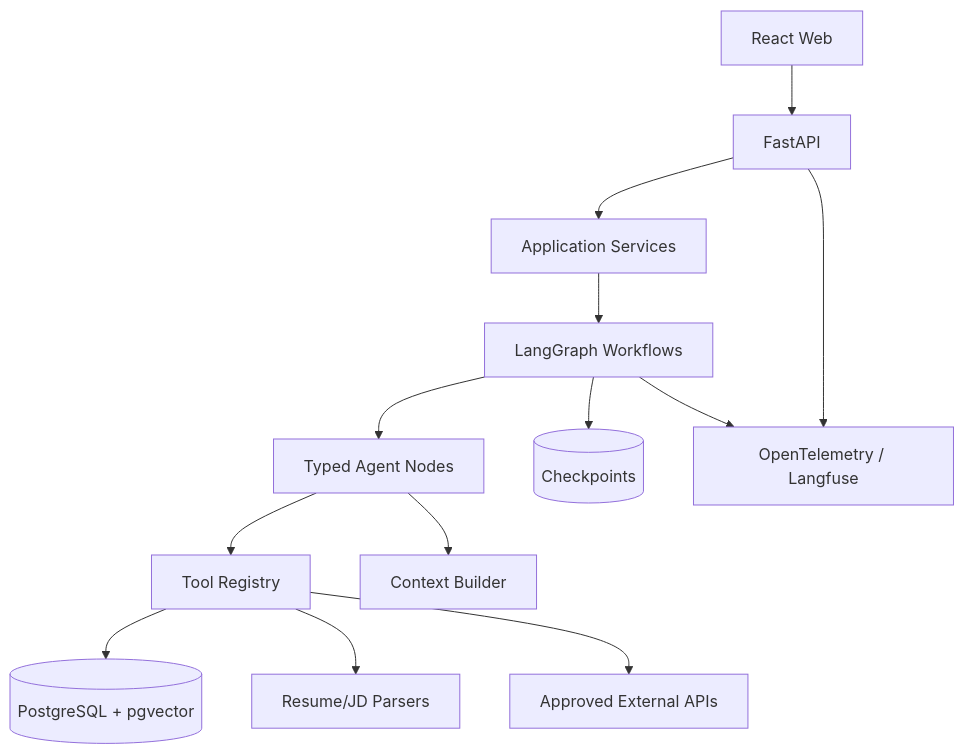
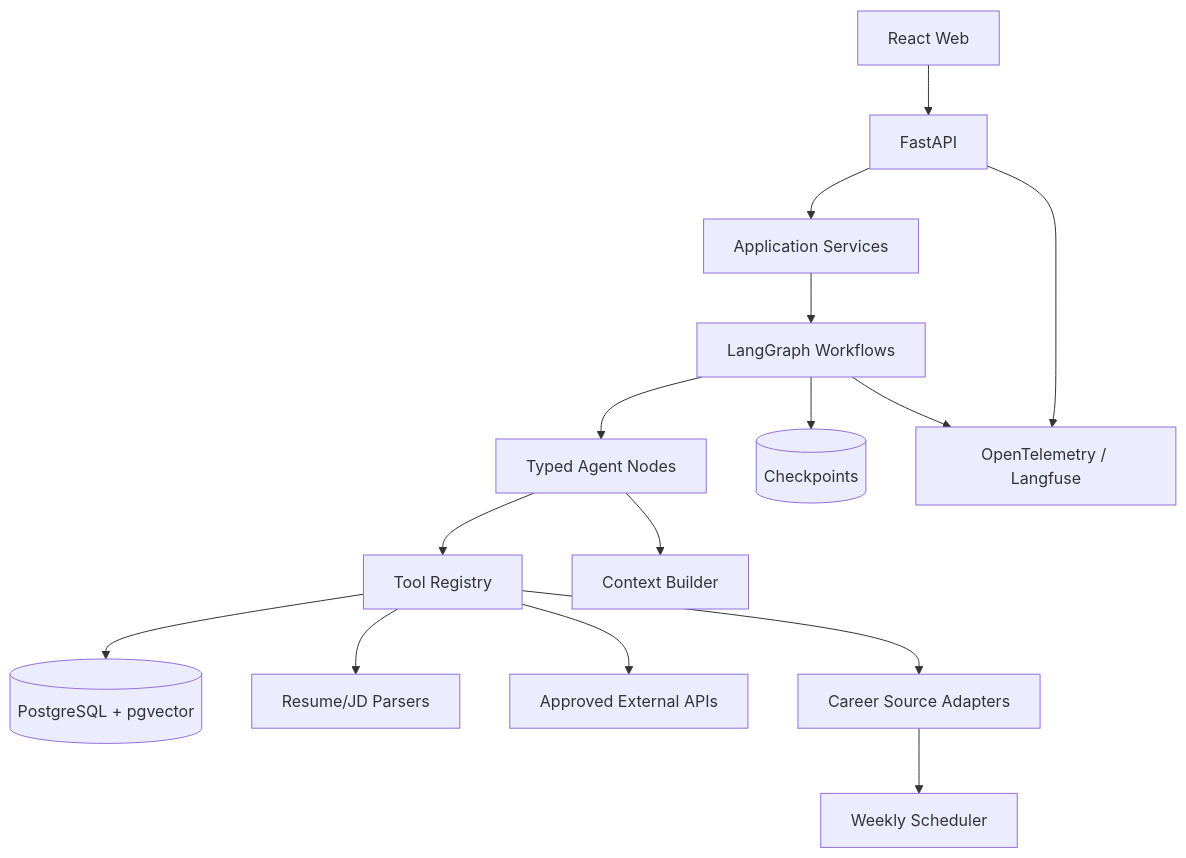
The second of 2 diagrams in docs/CODING_PLAN.md (eulermonica6-hub/Lina_Agent), drawn with Mermaid before and after one commit. The commit also changed other lines of this file and 44 other files, not shown here.

````diff
--- a/docs/CODING_PLAN.md
+++ b/docs/CODING_PLAN.md
@@ -131,15 +139,17 @@
 ```mermaid
 flowchart TB
     UI[React Web] --> API[FastAPI]
     API --> APP[Application Services]
     APP --> GRAPH[LangGraph Workflows]
     GRAPH --> NODES[Typed Agent Nodes]
     NODES --> TOOLS[Tool Registry]
     NODES --> CTX[Context Builder]
     TOOLS --> DB[(PostgreSQL + pgvector)]
     TOOLS --> FILES[Resume/JD Parsers]
     TOOLS --> EXT[Approved External APIs]
+   TOOLS --> SOURCES[Career Source Adapters]
+   SOURCES --> SCHEDULER[Weekly Scheduler]
     GRAPH --> CHECKPOINT[(Checkpoints)]
     API --> OBS[OpenTelemetry / Langfuse]
     GRAPH --> OBS
 ```
````
